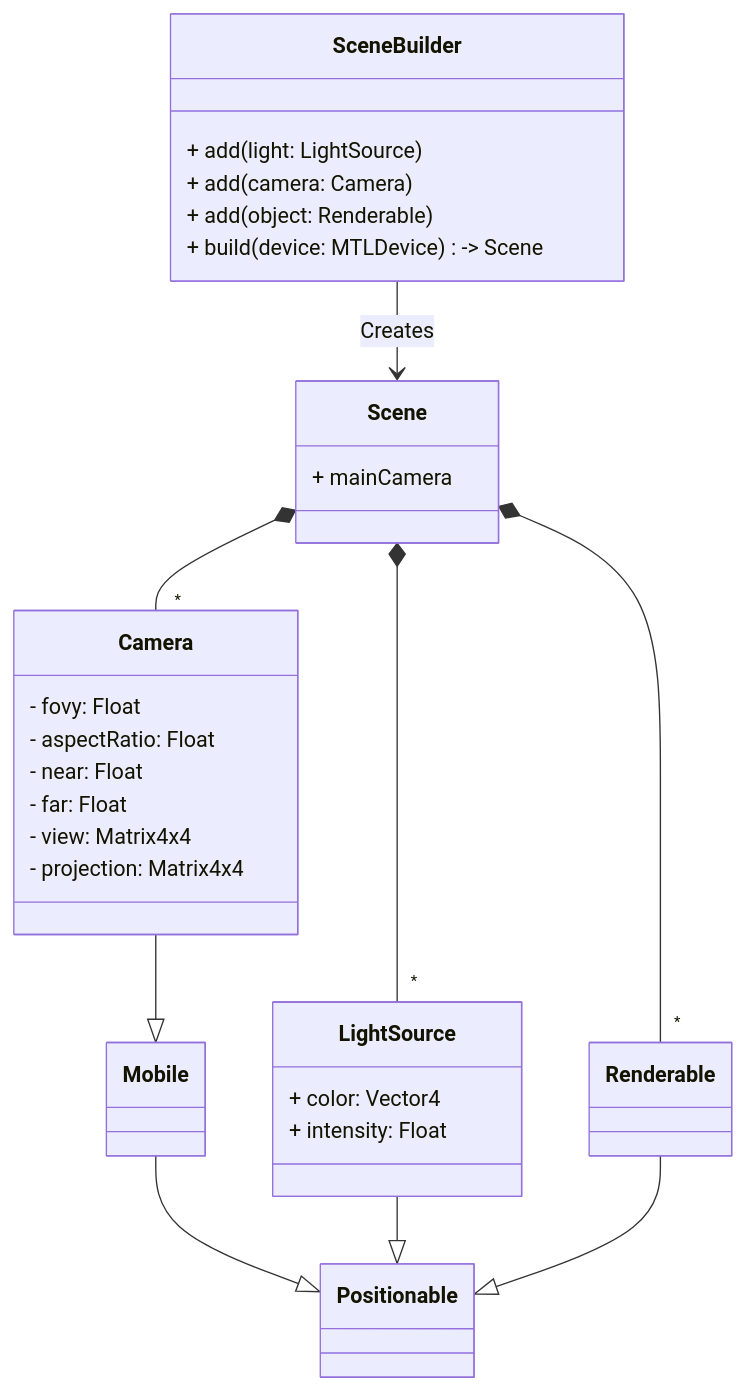
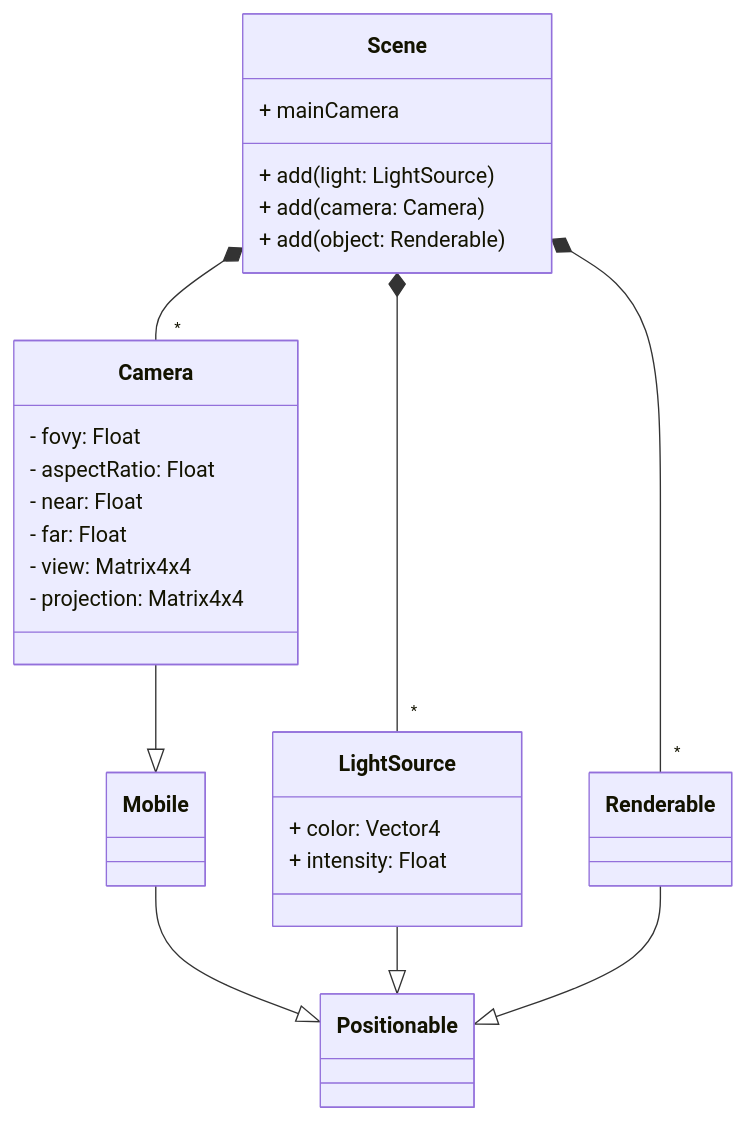
Before and after one commit to javiersalcedopuyo/Talos3D: the diagram in Docs/Scene.md, drawn with Mermaid. The commit also changed other lines of this file and 2 other files, not shown here.

Commit message:
Remove the SceneBuilder
It didn't do anything the scene itself can't.

````diff
--- a/Docs/Scene.md
+++ b/Docs/Scene.md
@@ -11,38 +12,35 @@
 ```mermaid
 classDiagram
 
-class SceneBuilder{
+class Scene{
+    + mainCamera
     + add(light: LightSource)
     + add(camera: Camera)
     + add(object: Renderable)
-    + build(device: MTLDevice) -> Scene
 }
-SceneBuilder --> Scene : Creates
-
-Scene: + mainCamera
 
 class Camera{
     - fovy:        Float
     - aspectRatio: Float
     - near:        Float
     - far:         Float
 
     - view:       Matrix4x4
     - projection: Matrix4x4
 }
 
 Scene *--"*" LightSource
 Scene *--"*" Camera
 Scene *--"*" Renderable
 
 class LightSource{
     + color: Vector4
     + intensity: Float
 }
 
 Camera --|> Mobile
 Mobile --|> Positionable
 LightSource --|> Positionable
 Renderable --|> Positionable
 
 ```
````
